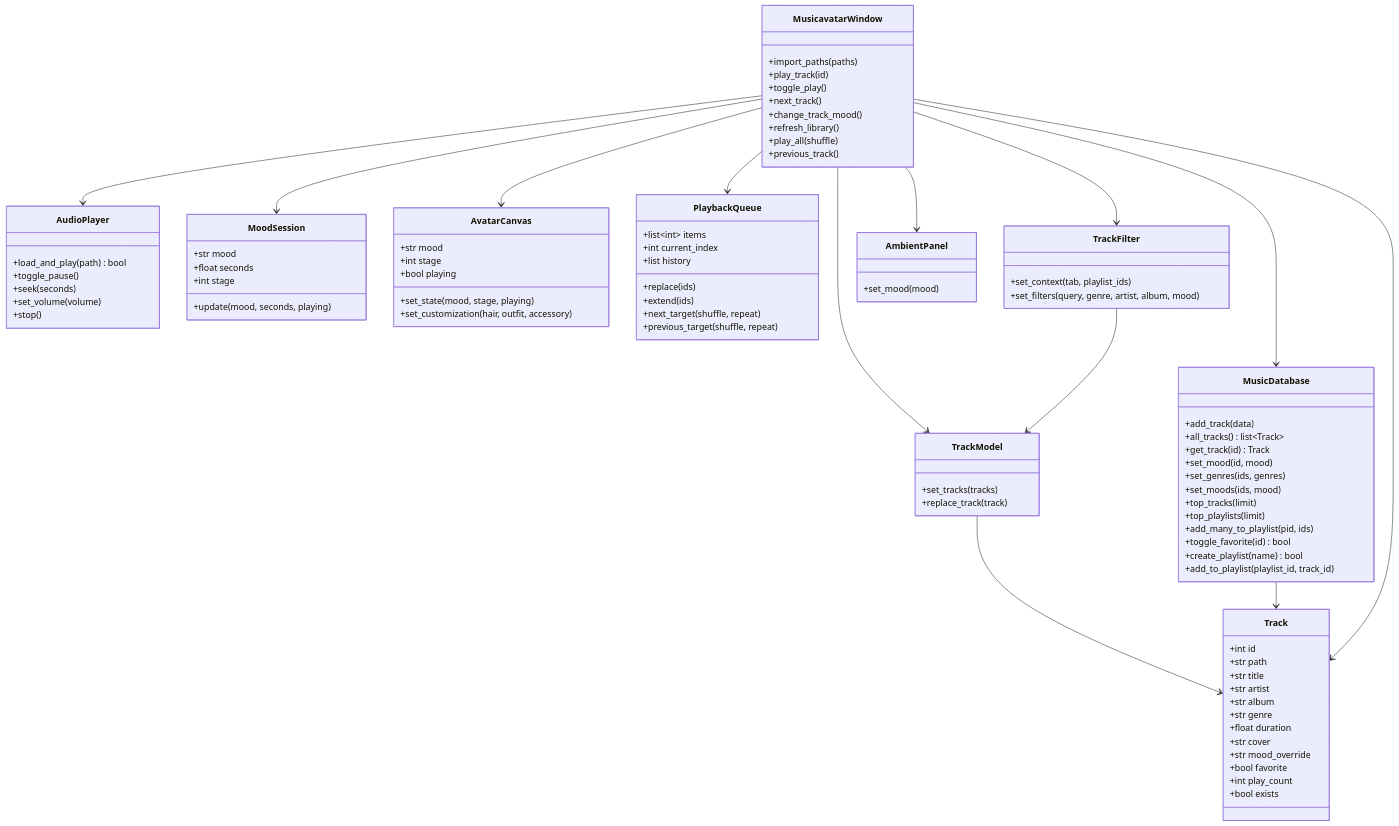
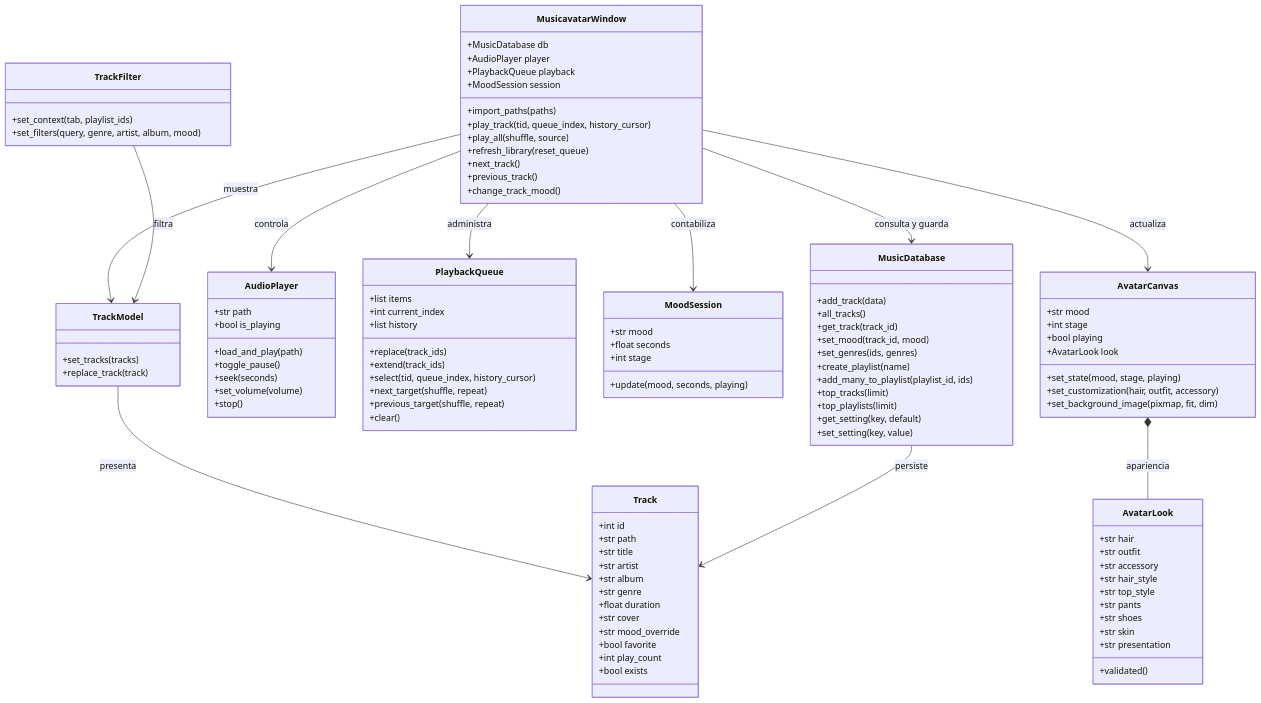
One commit to Ranelty/MUSICAVATAR changed the first of 2 diagrams in docs/DIAGRAMA_CLASES.md. Above: the diagram before and after it, drawn with Mermaid. The commit also changed other lines of this file and 18 other files, not shown here.

````diff
--- a/docs/DIAGRAMA_CLASES.md
+++ b/docs/DIAGRAMA_CLASES.md
@@ -5,93 +12,109 @@
 ```mermaid
 classDiagram
     class Track {
-      +int id
-      +str path
-      +str title
-      +str artist
-      +str album
-      +str genre
-      +float duration
-      +str cover
-      +str mood_override
-      +bool favorite
-      +int play_count
-      +bool exists
+        +int id
+        +str path
+        +str title
+        +str artist
+        +str album
+        +str genre
+        +float duration
+        +str cover
+        +str mood_override
+        +bool favorite
+        +int play_count
+        +bool exists
     }
     class MusicDatabase {
-      +add_track(data)
-      +all_tracks() list~Track~
-      +get_track(id) Track
-      +set_mood(id, mood)
-      +set_genres(ids, genres)
-      +set_moods(ids, mood)
-      +top_tracks(limit)
-      +top_playlists(limit)
-      +add_many_to_playlist(pid, ids)
-      +toggle_favorite(id) bool
-      +create_playlist(name) bool
-      +add_to_playlist(playlist_id, track_id)
+        +add_track(data)
+        +all_tracks()
+        +get_track(track_id)
+        +set_mood(track_id, mood)
+        +set_genres(ids, genres)
+        +create_playlist(name)
+        +add_many_to_playlist(playlist_id, ids)
+        +top_tracks(limit)
+        +top_playlists(limit)
+        +get_setting(key, default)
+        +set_setting(key, value)
     }
     class AudioPlayer {
-      +load_and_play(path) bool
-      +toggle_pause()
-      +seek(seconds)
-      +set_volume(volume)
-      +stop()
+        +str path
+        +bool is_playing
+        +load_and_play(path)
+        +toggle_pause()
+        +seek(seconds)
+        +set_volume(volume)
+        +stop()
+    }
+    class PlaybackQueue {
+        +list items
+        +int current_index
+        +list history
+        +replace(track_ids)
+        +extend(track_ids)
+        +select(tid, queue_index, history_cursor)
+        +next_target(shuffle, repeat)
+        +previous_target(shuffle, repeat)
+        +clear()
     }
     class MoodSession {
-      +str mood
-      +float seconds
-      +update(mood, seconds, playing)
-      +int stage
+        +str mood
+        +float seconds
+        +update(mood, seconds, playing)
+        +int stage
+    }
+    class AvatarLook {
+        +str hair
+        +str outfit
+        +str accessory
+        +str hair_style
+        +str top_style
+        +str pants
+        +str shoes
+        +str skin
+        +str presentation
+        +validated()
     }
     class AvatarCanvas {
-      +str mood
-      +int stage
-      +bool playing
-      +set_state(mood, stage, playing)
-      +set_customization(hair, outfit, accessory)
-    }
-    class PlaybackQueue {
-      +list~int~ items
-      +int current_index
-      +list history
-      +replace(ids)
-      +extend(ids)
-      +next_target(shuffle, repeat)
-      +previous_target(shuffle, repeat)
+        +str mood
+        +int stage
+        +bool playing
+        +AvatarLook look
+        +set_state(mood, stage, playing)
+        +set_customization(hair, outfit, accessory)
+        +set_background_image(pixmap, fit, dim)
     }
     class TrackModel {
-      +set_tracks(tracks)
-      +replace_track(track)
+        +set_tracks(tracks)
+        +replace_track(track)
     }
     class TrackFilter {
-      +set_context(tab, playlist_ids)
-      +set_filters(query, genre, artist, album, mood)
-    }
-    class AmbientPanel {
-      +set_mood(mood)
+        +set_context(tab, playlist_ids)
+        +set_filters(query, genre, artist, album, mood)
     }
     class MusicavatarWindow {
-      +import_paths(paths)
-      +play_track(id)
-      +toggle_play()
-      +next_track()
-      +change_track_mood()
-      +refresh_library()
-      +play_all(shuffle)
-      +previous_track()
+        +MusicDatabase db
+        +AudioPlayer player
+        +PlaybackQueue playback
+        +MoodSession session
+        +import_paths(paths)
+        +play_track(tid, queue_index, history_cursor)
+        +play_all(shuffle, source)
+        +refresh_library(reset_queue)
+        +next_track()
+        +previous_track()
+        +change_track_mood()
     }
-    MusicavatarWindow --> MusicDatabase
-    MusicavatarWindow --> AudioPlayer
-    MusicavatarWindow --> PlaybackQueue
-    MusicavatarWindow --> TrackModel
-    TrackModel --> Track
-    TrackFilter --> TrackModel
-    MusicavatarWindow --> TrackFilter
-    MusicavatarWindow --> AmbientPanel
-    MusicavatarWindow --> AvatarCanvas
-    MusicavatarWindow --> MoodSession
-    MusicDatabase --> Track
-    MusicavatarWindow --> Track
+
+    MusicavatarWindow --> MusicDatabase : consulta y guarda
+    MusicavatarWindow --> AudioPlayer : controla
+    MusicavatarWindow --> PlaybackQueue : administra
+    MusicavatarWindow --> MoodSession : contabiliza
+    MusicavatarWindow --> AvatarCanvas : actualiza
+    MusicavatarWindow --> TrackModel : muestra
+    TrackModel --> Track : presenta
+    MusicDatabase --> Track : persiste
+    TrackFilter --> TrackModel : filtra
+    AvatarCanvas *-- AvatarLook : apariencia
 ```
````
